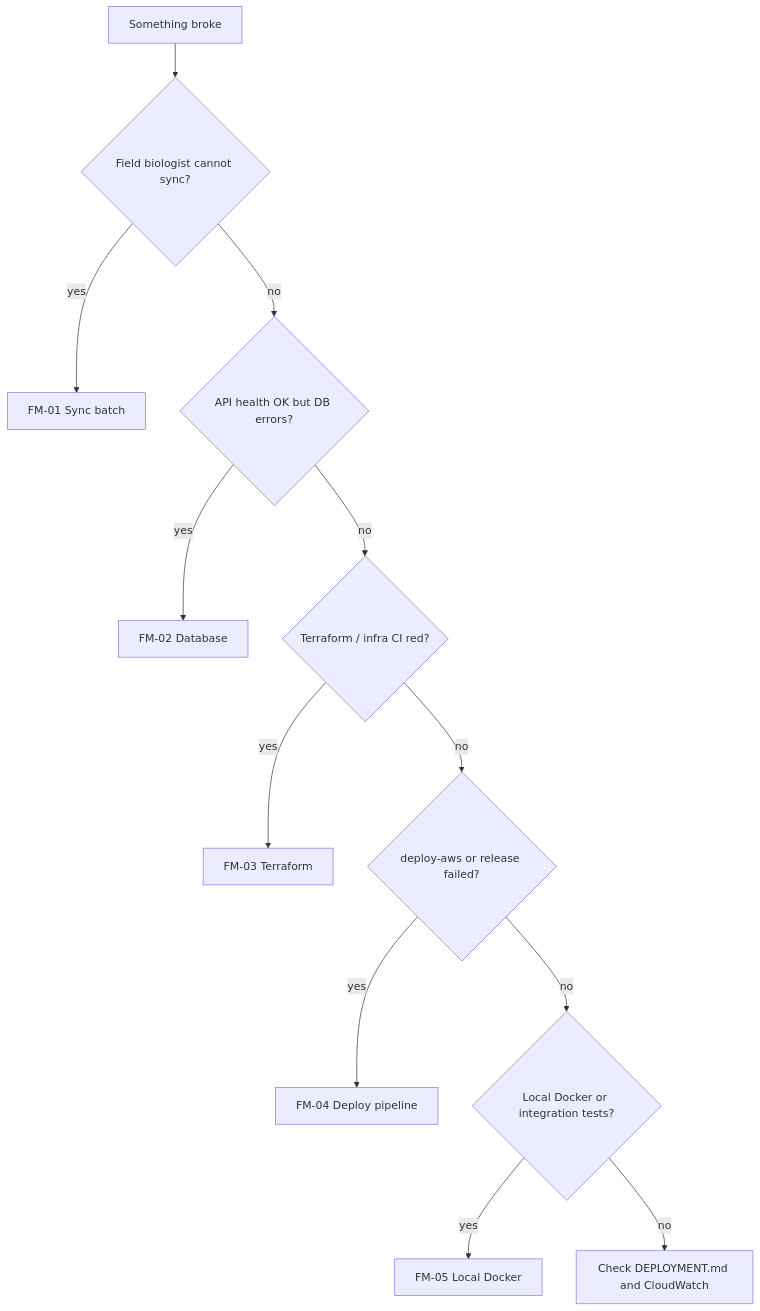
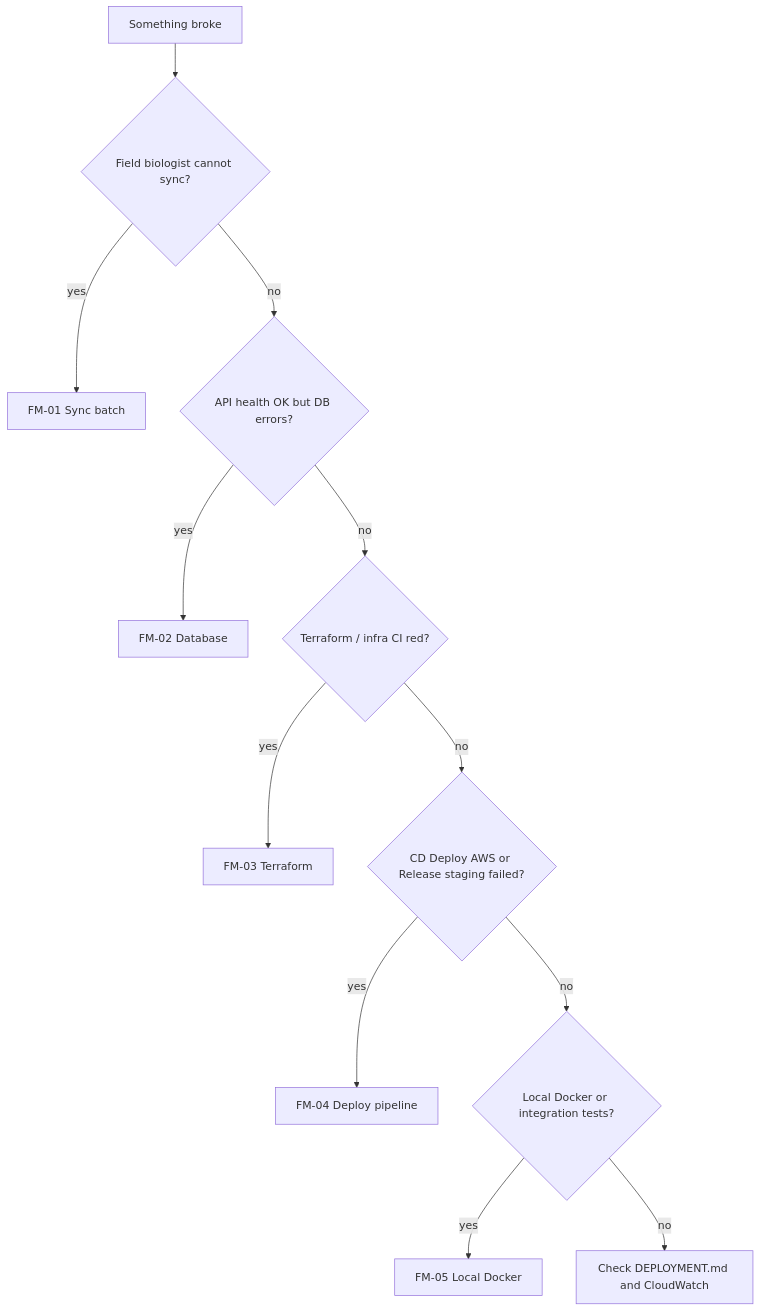
One commit to SaveMarineMammals/marine-mammal-assessment-platform changed the diagram in docs/ops/FAILURE_MODES.md. Above: the diagram before and after it, drawn with Mermaid. The commit also changed other lines of this file and 27 other files, not shown here.

````diff
--- a/docs/ops/FAILURE_MODES.md
+++ b/docs/ops/FAILURE_MODES.md
@@ -33,14 +33,14 @@
 ```mermaid
 flowchart TD
   start[Something broke] --> field{Field biologist cannot sync?}
   field -->|yes| fm01[FM-01 Sync batch]
   field -->|no| api{API health OK but DB errors?}
   api -->|yes| fm02[FM-02 Database]
   api -->|no| tf{Terraform / infra CI red?}
   tf -->|yes| fm03[FM-03 Terraform]
-  tf -->|no| deploy{deploy-aws or release failed?}
+  tf -->|no| deploy{CD Deploy AWS or Release staging failed?}
   deploy -->|yes| fm04[FM-04 Deploy pipeline]
   deploy -->|no| local{Local Docker or integration tests?}
   local -->|yes| fm05[FM-05 Local Docker]
   local -->|no| other[Check DEPLOYMENT.md and CloudWatch]
 ```
````
